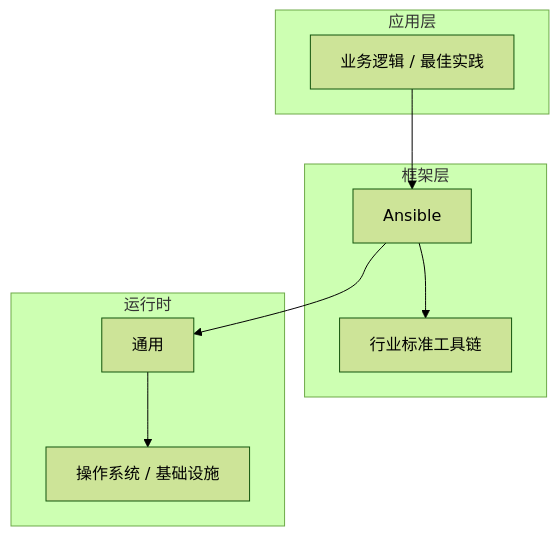
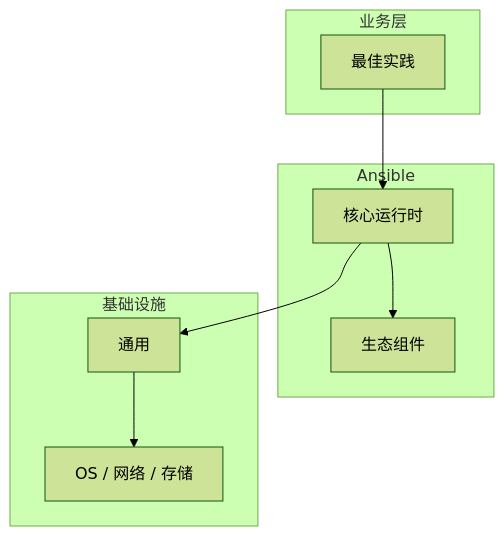
One commit to yanggan2015/knowledge-json-v2 changed the diagram in articles/Ansible/chapters/056-最佳实践核心概念与原理.md. Above: the diagram before and after it, drawn with Mermaid (forest theme). The commit also changed other lines of this file and 10127 other files, not shown here.

````diff
--- a/articles/Ansible/chapters/056-最佳实践核心概念与原理.md
+++ b/articles/Ansible/chapters/056-最佳实践核心概念与原理.md
@@ -45,18 +34,18 @@
 ```mermaid
 graph TB
-    subgraph 应用层
-        A[业务逻辑 / 最佳实践]
+    subgraph 业务层
+        A[最佳实践]
     end
-    subgraph 框架层
-        B[Ansible]
-        C[行业标准工具链]
+    subgraph Ansible
+        B[核心运行时]
+        C[生态组件]
     end
-    subgraph 运行时
+    subgraph 基础设施
         D[通用]
-        E[操作系统 / 基础设施]
+        E[OS / 网络 / 存储]
     end
     A --> B
     B --> C
     B --> D
     D --> E
 ```
````
